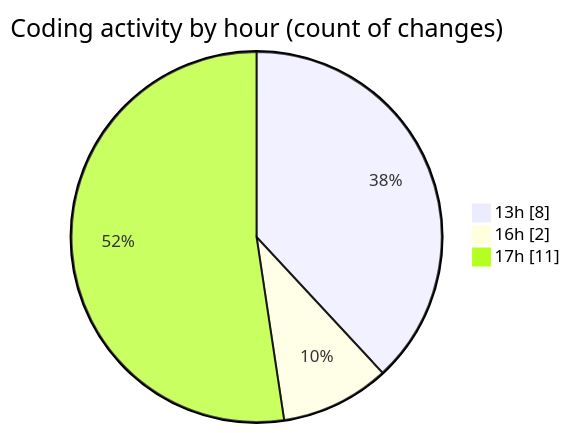
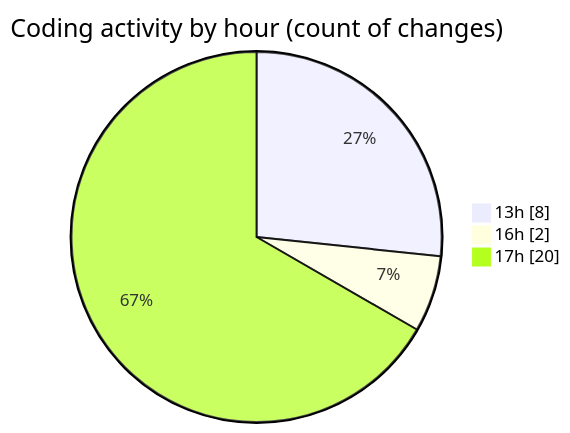
Before and after one commit to nxtqubesakshisongat/code-tracking: the second of 2 diagrams in 2025-12-10/nxtqube_webapp/README.md, drawn with Mermaid. The commit also changed other lines of this file and 1 other file, not shown here.

````diff
--- a/2025-12-10/nxtqube_webapp/README.md
+++ b/2025-12-10/nxtqube_webapp/README.md
@@ -30,7 +30,7 @@
 ```mermaid
 pie showData
 title Coding activity by hour (count of changes)
 "13h" : 8
 "16h" : 2
-"17h" : 11
+"17h" : 20
 ```
````
